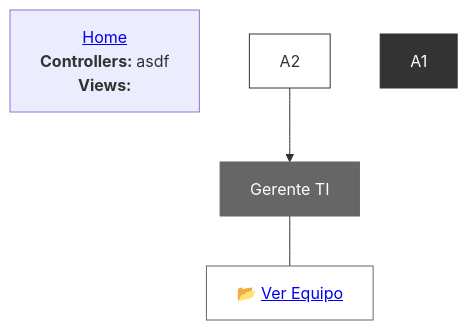
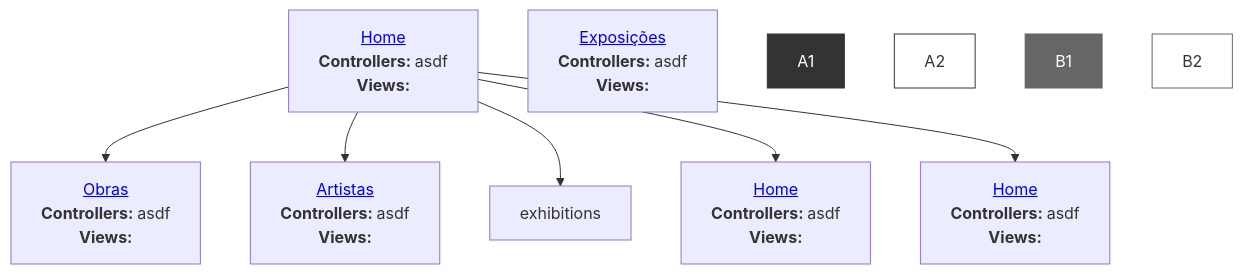
The first of 2 diagrams in README.md (reynaldocv/macusp), drawn with Mermaid before and after one commit.

````diff
--- a/README.md
+++ b/README.md
@@ -245,17 +245,23 @@
 ```mermaid
 graph TD
     %% Parte superior e inferior del primer puesto
-    Home["<a href='https://link.com'>Home</a> <br> <strong> Controllers: </strong> asdf <br> <strong> Views: </strong>"]
-    
-    %% Parte superior e inferior del segundo puesto
-    B1[Gerente TI] --- B2["📂 <a href='https://link.com'>Ver Equipo</a>"]
+    home["<a href='http://143.107.130.173/admacervo/macusp/index.php'> Home </a> <br> <strong> Controllers: </strong> asdf <br> <strong> Views: </strong>"]
+    works["<a href='http://143.107.130.173/admacervo/macusp/index.php/Intro/works'>Obras</a> <br> <strong> Controllers: </strong> asdf <br> <strong> Views: </strong>"]
+    artists["<a href='http://143.107.130.173/admacervo/macusp/index.php/Intro/works'>Artistas</a> <br> <strong> Controllers: </strong> asdf <br> <strong> Views: </strong>"]
+    exposições["<a href='http://143.107.130.173/admacervo/macusp/index.php/Intro/works'>Exposições</a> <br> <strong> Controllers: </strong> asdf <br> <strong> Views: </strong>"]
+    buscaGeral["<a href='https://link.com'>Home</a> <br> <strong> Controllers: </strong> asdf <br> <strong> Views: </strong>"]
+    busca["<a href='https://link.com'>Home</a> <br> <strong> Controllers: </strong> asdf <br> <strong> Views: </strong>"]
     
     %% Conexión del organigrama (une la parte inferior de uno con la superior del otro)
-    A2 --> B1
+    home --> works
+    home --> artists
+    home --> exhibitions
+    home --> busca
+    home --> buscaGeral
 
     %% Estilos para que parezcan una sola pieza
     style A1 fill:#333,stroke:#333,color:#fff
     style A2 fill:#fff,stroke:#333
     style B1 fill:#666,stroke:#666,color:#fff
     style B2 fill:#fff,stroke:#666
 ```
````
